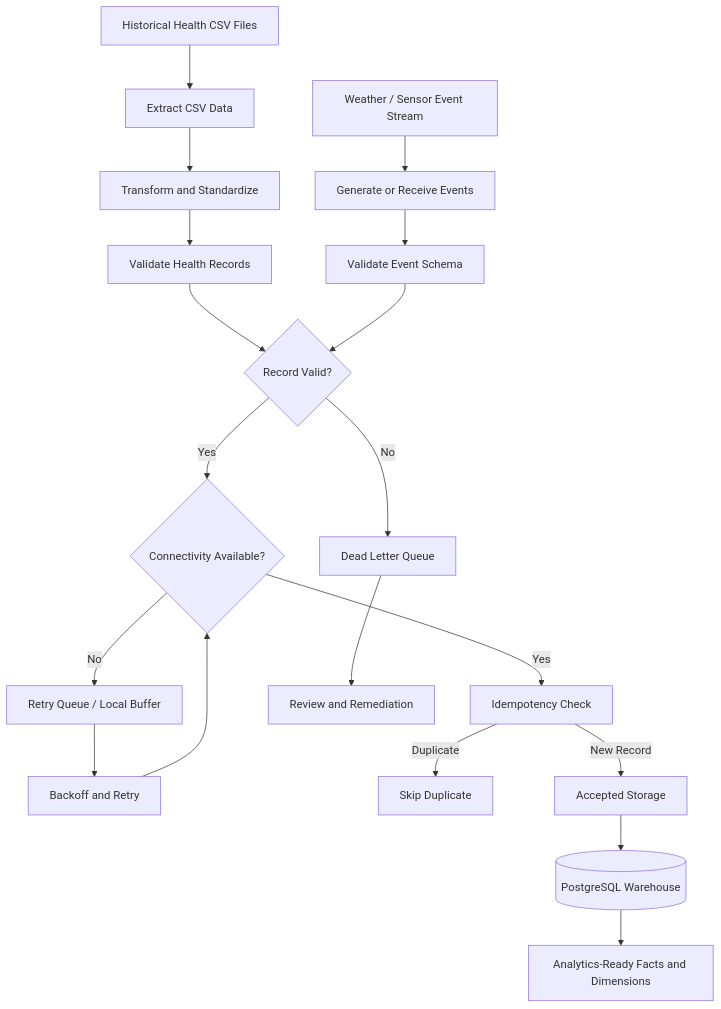
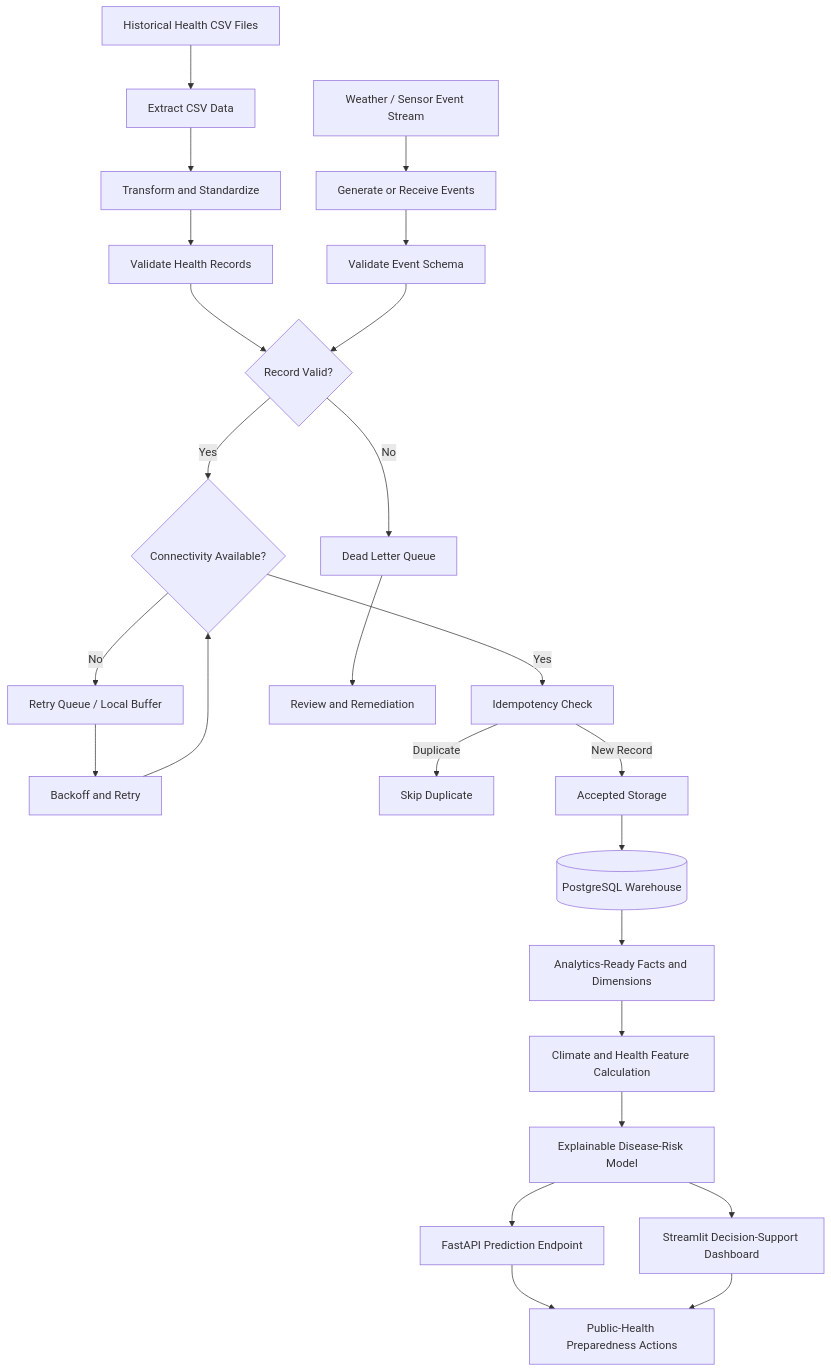
One commit to DevDataMLOps/Project-Rising changed the diagram in docs/architecture/02_data_flow.md. Above: the diagram before and after it, drawn with Mermaid. The commit also changed other lines of this file and 12 other files, not shown here.

Commit message:
Add judge-ready climate health decision support

````diff
--- a/docs/architecture/02_data_flow.md
+++ b/docs/architecture/02_data_flow.md
@@ -15,28 +15,34 @@
 ```mermaid
 flowchart TD
     A[Historical Health CSV Files] --> B[Extract CSV Data]
     B --> C[Transform and Standardize]
     C --> D[Validate Health Records]
 
     E[Weather / Sensor Event Stream] --> F[Generate or Receive Events]
     F --> G[Validate Event Schema]
 
     D --> H{Record Valid?}
     G --> H
 
     H -->|No| I[Dead Letter Queue]
     H -->|Yes| J{Connectivity Available?}
 
     J -->|No| K[Retry Queue / Local Buffer]
     K --> L[Backoff and Retry]
     L --> J
 
     J -->|Yes| M[Idempotency Check]
     M -->|Duplicate| N[Skip Duplicate]
     M -->|New Record| O[Accepted Storage]
 
     O --> P[(PostgreSQL Warehouse)]
     I --> Q[Review and Remediation]
 
     P --> R[Analytics-Ready Facts and Dimensions]
+    R --> S[Climate and Health Feature Calculation]
+    S --> T[Explainable Disease-Risk Model]
+    T --> U[FastAPI Prediction Endpoint]
+    T --> V[Streamlit Decision-Support Dashboard]
+    U --> W[Public-Health Preparedness Actions]
+    V --> W
 ```
````
